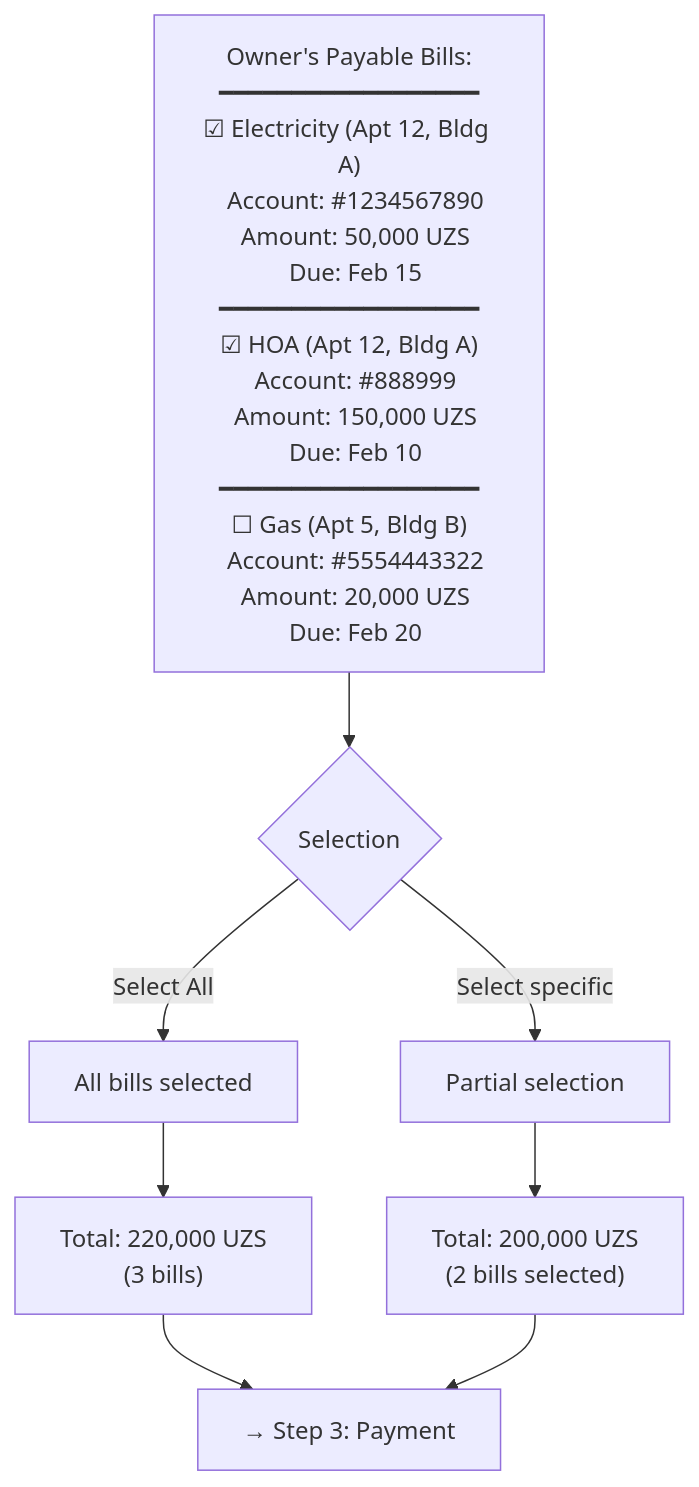
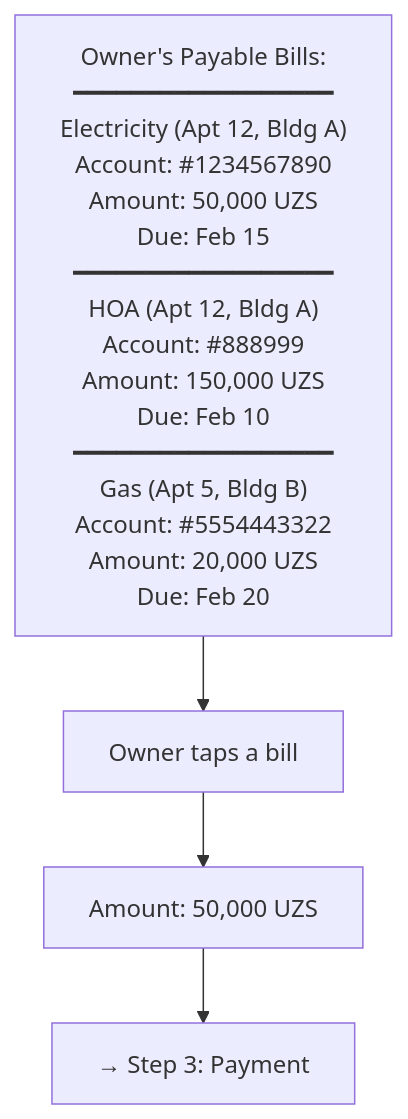
Before and after one commit to saodatm-dev/Utilities---Informational-Architecture: the third of 9 diagrams in Utilities-payment-Owner flow.md, drawn with Mermaid. The commit also changed other lines of this file and 2 other files, not shown here.

Commit message:
refactor: streamline owner bill payment to single selection and clarify meter reading submission flow.

````diff
--- a/Utilities-payment-Owner flow.md
+++ b/Utilities-payment-Owner flow.md
@@ -88,13 +88,8 @@
 ```mermaid
 flowchart TD
-    BILLS["Owner's Payable Bills:<br/>━━━━━━━━━━━━━━━━━━<br/>☑ Electricity (Apt 12, Bldg A)<br/>  Account: #1234567890<br/>  Amount: 50,000 UZS<br/>  Due: Feb 15<br/>━━━━━━━━━━━━━━━━━━<br/>☑ HOA (Apt 12, Bldg A)<br/>  Account: #888999<br/>  Amount: 150,000 UZS<br/>  Due: Feb 10<br/>━━━━━━━━━━━━━━━━━━<br/>☐ Gas (Apt 5, Bldg B)<br/>  Account: #5554443322<br/>  Amount: 20,000 UZS<br/>  Due: Feb 20"] --> ACTIONS{"Selection"}
+    BILLS["Owner's Payable Bills:<br/>━━━━━━━━━━━━━━━━━━<br/>Electricity (Apt 12, Bldg A)<br/>  Account: #1234567890<br/>  Amount: 50,000 UZS<br/>  Due: Feb 15<br/>━━━━━━━━━━━━━━━━━━<br/>HOA (Apt 12, Bldg A)<br/>  Account: #888999<br/>  Amount: 150,000 UZS<br/>  Due: Feb 10<br/>━━━━━━━━━━━━━━━━━━<br/>Gas (Apt 5, Bldg B)<br/>  Account: #5554443322<br/>  Amount: 20,000 UZS<br/>  Due: Feb 20"] --> SELECT["Owner taps a bill"]
 
-    ACTIONS -->|"Select All"| ALL["All bills selected"]
-    ACTIONS -->|"Select specific"| SOME["Partial selection"]
-
-    ALL --> TOTAL["Total: 220,000 UZS<br/>(3 bills)"]
-    SOME --> TOTAL_PARTIAL["Total: 200,000 UZS<br/>(2 bills selected)"]
+    SELECT --> TOTAL["Amount: 50,000 UZS"]
 
     TOTAL --> NEXT["→ Step 3: Payment"]
-    TOTAL_PARTIAL --> NEXT
 ```
````
